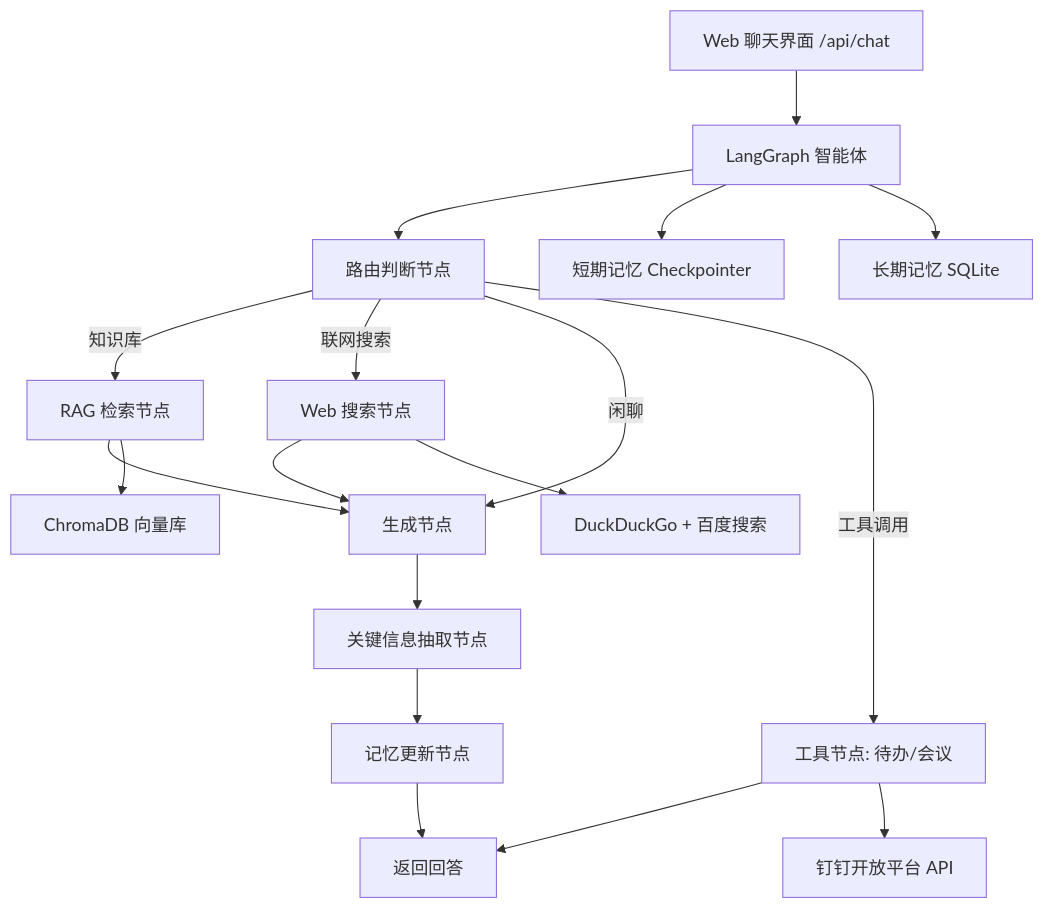
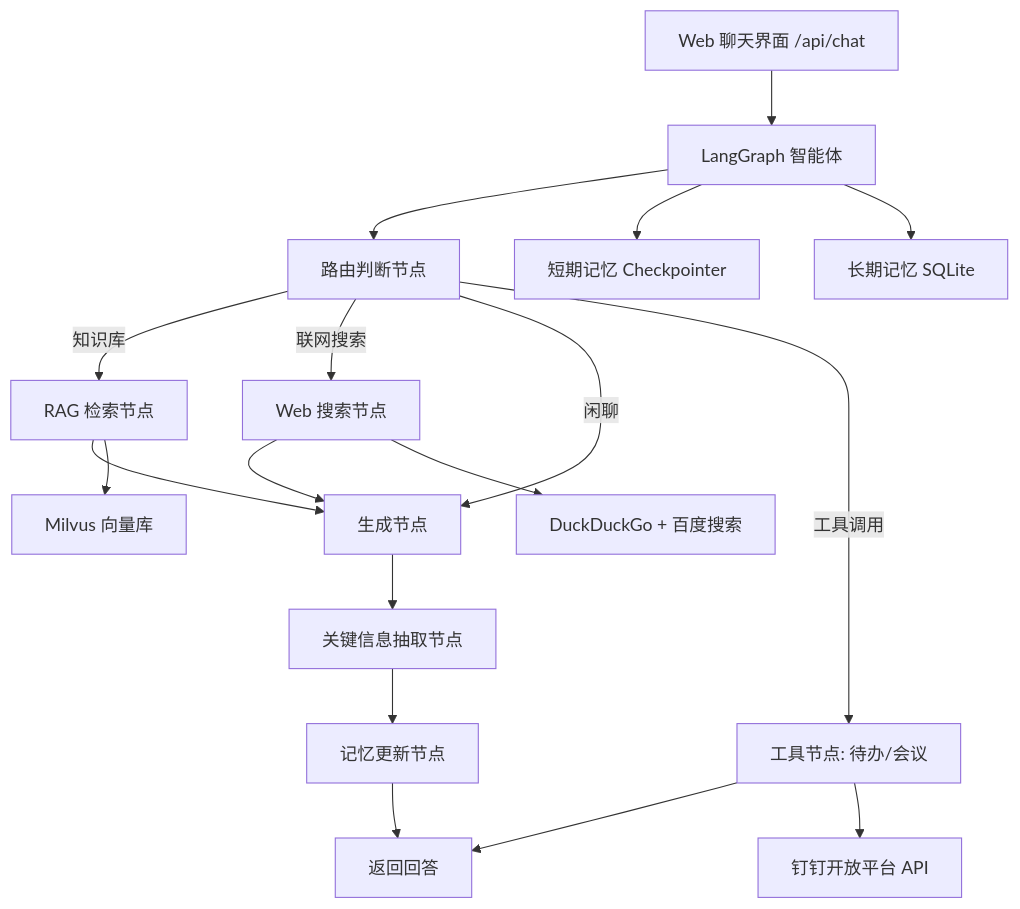
Before and after one commit to Cecil09312/DingDingAIAssistant: the diagram in README.md, drawn with Mermaid. The commit also changed other lines of this file and 12 other files, not shown here.

````diff
--- a/README.md
+++ b/README.md
@@ -7,20 +7,20 @@
 ```mermaid
 graph TB
     A[Web 聊天界面 /api/chat] --> D[LangGraph 智能体]
     D --> E[路由判断节点]
     E -->|知识库| G[RAG 检索节点]
     E -->|联网搜索| W[Web 搜索节点]
     E -->|闲聊| H[生成节点]
     E -->|工具调用| T[工具节点: 待办/会议]
     T --> J[返回回答]
     G --> H
     W --> H
     H --> X[关键信息抽取节点]
     X --> I[记忆更新节点]
     I --> J[返回回答]
     D --> K[短期记忆 Checkpointer]
     D --> L[长期记忆 SQLite]
-    G --> M[ChromaDB 向量库]
+    G --> M[Milvus 向量库]
     W --> N[DuckDuckGo + 百度搜索]
     T --> O[钉钉开放平台 API]
 ```
````
